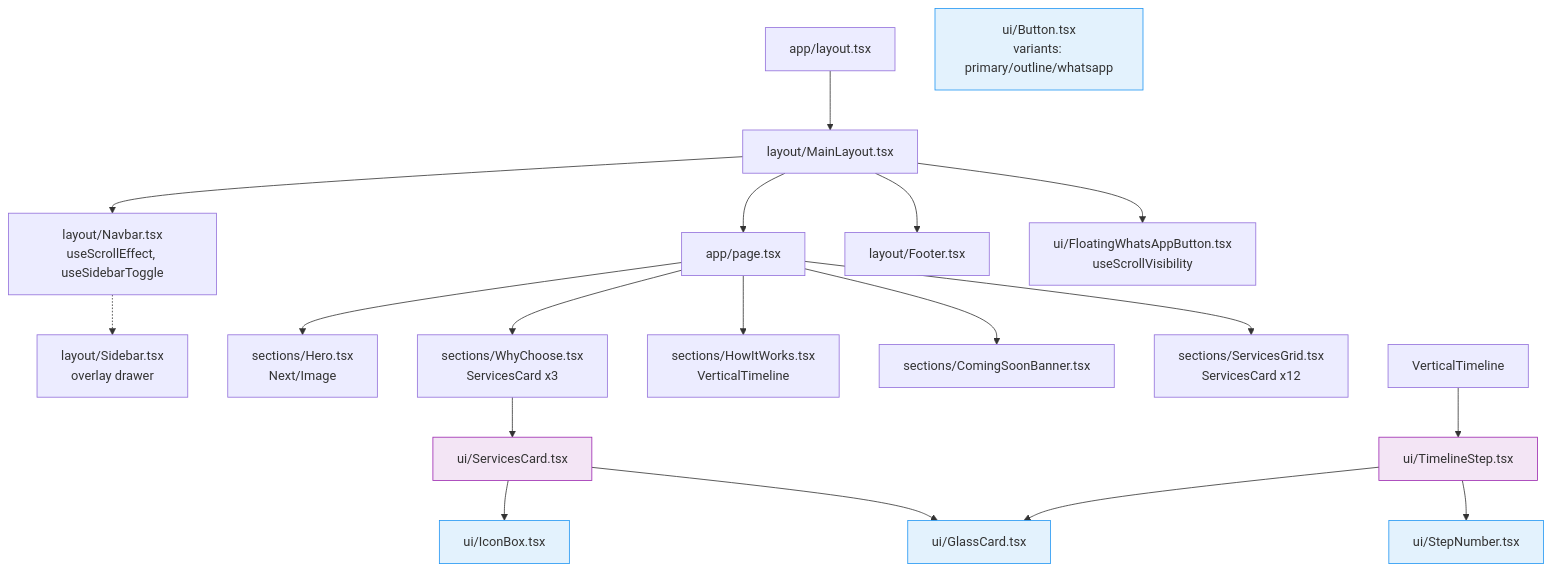
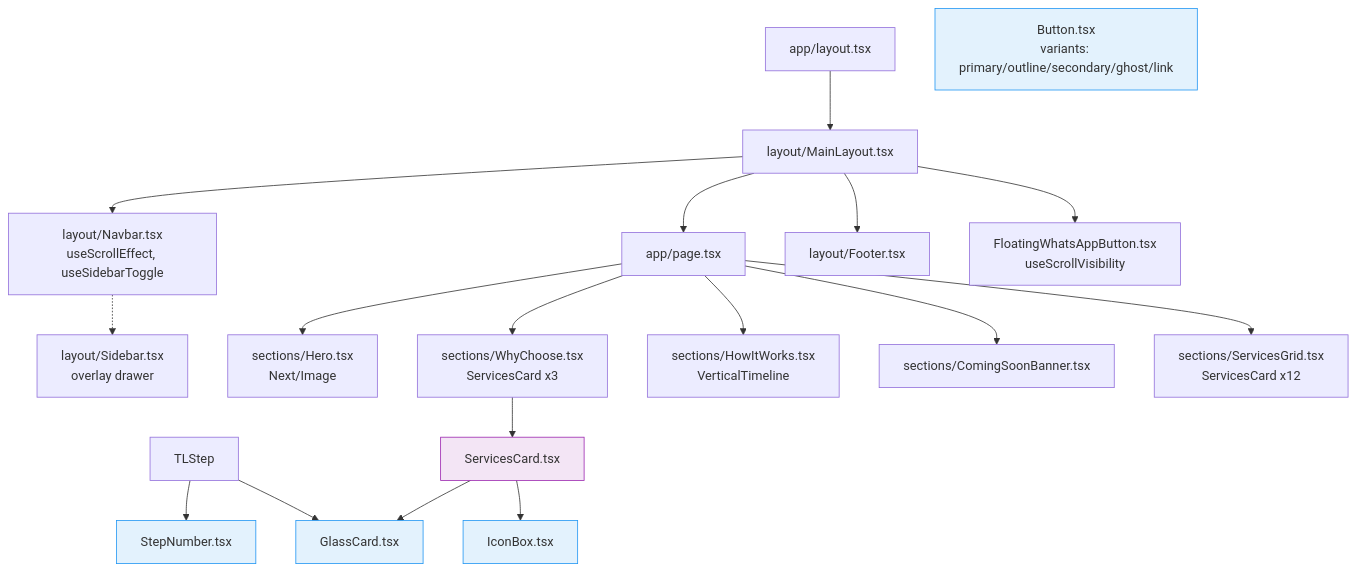
Before and after one commit to laxman-spidey/FullCircle: the diagram in migration-plan.md, drawn with Mermaid. The commit also changed other lines of this file and 10 other files, not shown here.

````diff
--- a/migration-plan.md
+++ b/migration-plan.md
@@ -36,31 +36,31 @@
 ```mermaid
 graph TD
     Root[app/layout.tsx] --> MainLayout[layout/MainLayout.tsx]
     
     MainLayout --> Navbar[layout/Navbar.tsx<br/>useScrollEffect, useSidebarToggle]
     MainLayout --> PageContent[app/page.tsx]
     MainLayout --> Footer[layout/Footer.tsx]
-    MainLayout --> FloatingWA[ui/FloatingWhatsAppButton.tsx<br/>useScrollVisibility]
+    MainLayout --> FloatingWA[FloatingWhatsAppButton.tsx<br/>useScrollVisibility]
     
     Navbar -.-> Sidebar[layout/Sidebar.tsx<br/>overlay drawer]
     
     PageContent --> Hero[sections/Hero.tsx<br/>Next/Image]
     PageContent --> WhyChoose[sections/WhyChoose.tsx<br/>ServicesCard x3]
     PageContent --> HowWorks[sections/HowItWorks.tsx<br/>VerticalTimeline]
     PageContent --> ComingSoon[sections/ComingSoonBanner.tsx]
     PageContent --> ServicesGrid[sections/ServicesGrid.tsx<br/>ServicesCard x12]
     
-    VerticalTimeline --> TLStep[ui/TimelineStep.tsx]:::composite
-    TLStep --> StepNumber[ui/StepNumber.tsx]:::atomic
-    TLStep --> GlassCard[ui/GlassCard.tsx]:::atomic
+    TLStep --> StepNumber[StepNumber.tsx]:::atomic
+    TLStep --> GlassCard[GlassCard.tsx]:::atomic
     
     ServicesCard --> GlassCard
-    ServicesCard --> IconBox[ui/IconBox.tsx]:::atomic
+    ServicesCard --> IconBox[IconBox.tsx]:::atomic
     
-    WhyChoose --> ServicesCard[ui/ServicesCard.tsx]:::composite
+    WhyChoose --> ServicesCard[ServicesCard.tsx]:::composite
     
-    Button[ui/Button.tsx<br/>variants: primary/outline/whatsapp]:::atomic
+    Button[Button.tsx<br/>variants: primary/outline/secondary/ghost/link]:::atomic
+
     
     classDef atomic fill:#e3f2fd,stroke:#2196f3
     classDef composite fill:#f3e5f5,stroke:#9c27b0
 ```
````
